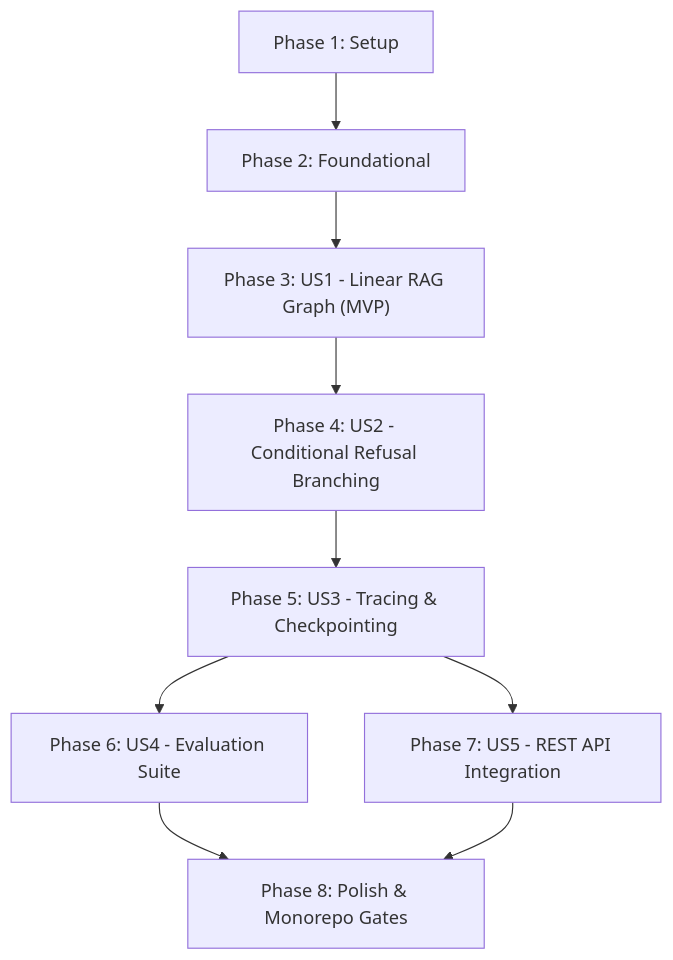
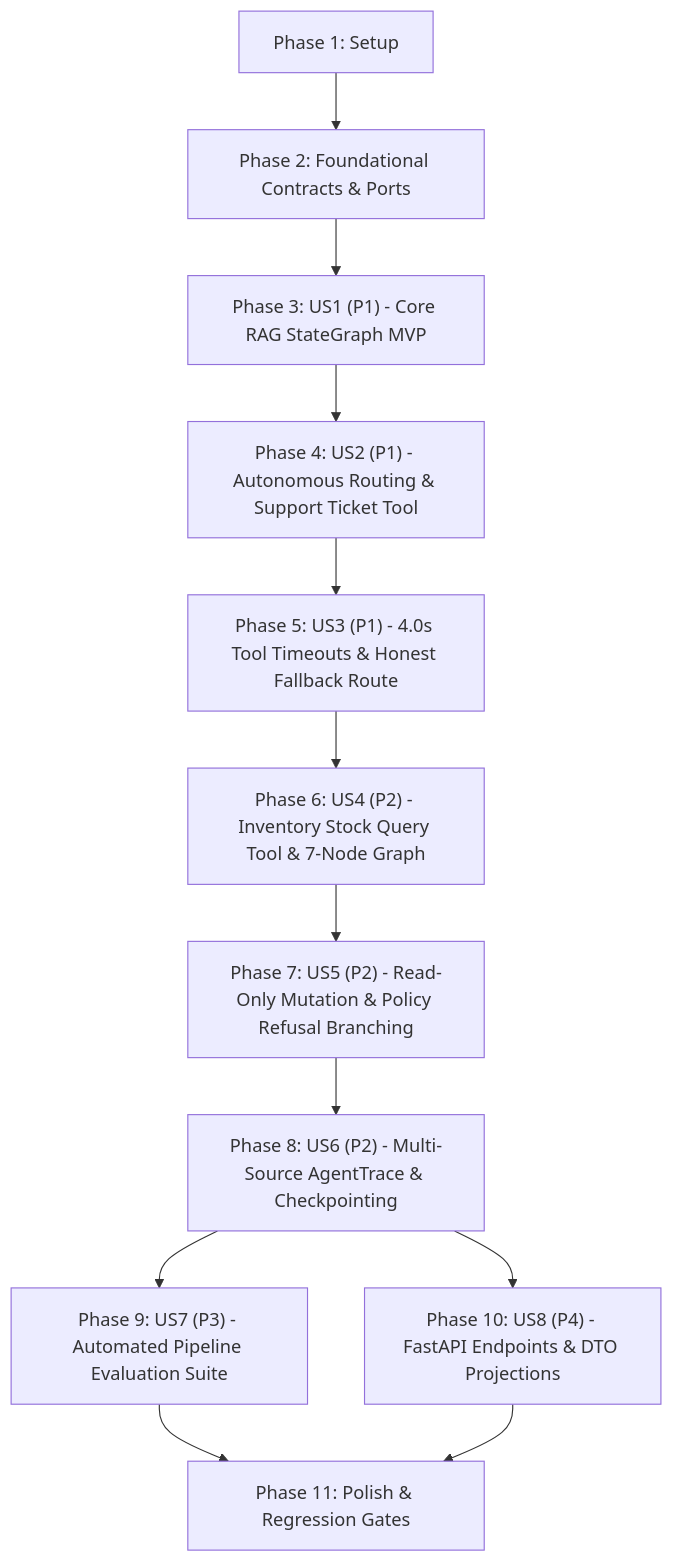
Before and after one commit to 4GeeksAcademy/aie-pt-3-ai-engineering-company-project-monorepo-Francisco_Patrick: the diagram in specs/027-support-agent-langgraph/tasks.md, drawn with Mermaid. The commit also changed other lines of this file and 9 other files, not shown here.

Commit message:
feat: add specs, contracts, data models, and tasks for LangGraph support agent 027

````diff
--- a/specs/027-support-agent-langgraph/tasks.md
+++ b/specs/027-support-agent-langgraph/tasks.md
@@ -164,11 +232,14 @@
 ```mermaid
 flowchart TD
-    P1["Phase 1: Setup"] --> P2["Phase 2: Foundational"]
-    P2 --> P3["Phase 3: US1 - Linear RAG Graph (MVP)"]
-    P3 --> P4["Phase 4: US2 - Conditional Refusal Branching"]
-    P4 --> P5["Phase 5: US3 - Tracing & Checkpointing"]
-    P5 --> P6["Phase 6: US4 - Evaluation Suite"]
-    P5 --> P7["Phase 7: US5 - REST API Integration"]
-    P6 --> P8["Phase 8: Polish & Monorepo Gates"]
-    P7 --> P8
+    P1["Phase 1: Setup"] --> P2["Phase 2: Foundational Contracts & Ports"]
+    P2 --> US1["Phase 3: US1 (P1) - Core RAG StateGraph MVP"]
+    US1 --> US2["Phase 4: US2 (P1) - Autonomous Routing & Support Ticket Tool"]
+    US2 --> US3["Phase 5: US3 (P1) - 4.0s Tool Timeouts & Honest Fallback Route"]
+    US3 --> US4["Phase 6: US4 (P2) - Inventory Stock Query Tool & 7-Node Graph"]
+    US4 --> US5["Phase 7: US5 (P2) - Read-Only Mutation & Policy Refusal Branching"]
+    US5 --> US6["Phase 8: US6 (P2) - Multi-Source AgentTrace & Checkpointing"]
+    US6 --> US7["Phase 9: US7 (P3) - Automated Pipeline Evaluation Suite"]
+    US6 --> US8["Phase 10: US8 (P4) - FastAPI Endpoints & DTO Projections"]
+    US7 --> P11["Phase 11: Polish & Regression Gates"]
+    US8 --> P11
 ```
````
